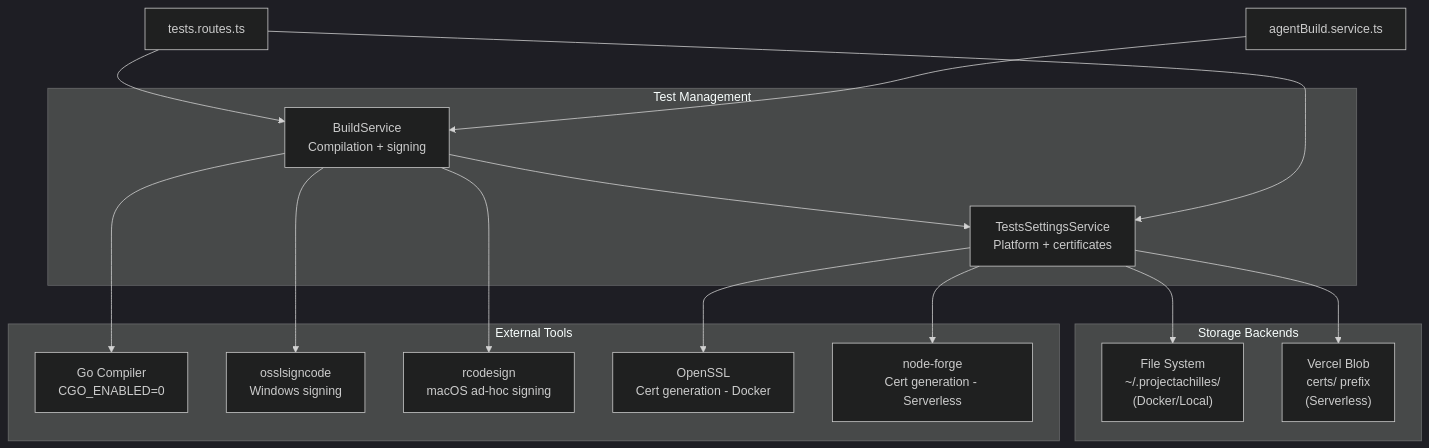
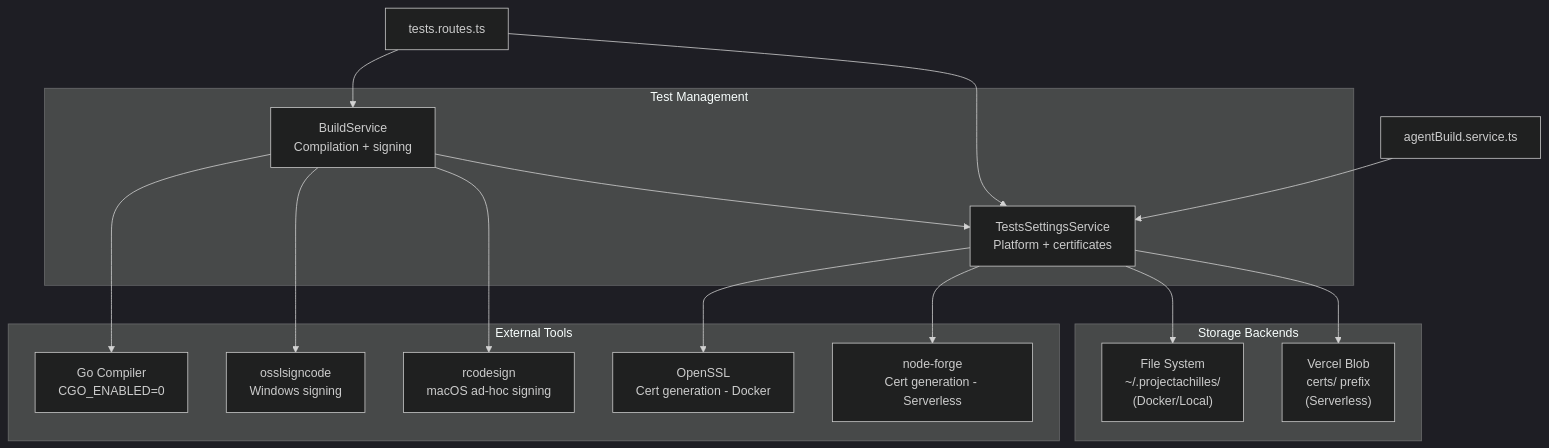
One commit to projectachilles/ProjectAchilles changed the first of 3 diagrams in wiki/docs/developer-guide/backend/test-management-service.md. Above: the diagram before and after it, drawn with Mermaid (dark theme). The commit also changed other lines of this file and 136 other files, not shown here.

````diff
--- a/wiki/docs/developer-guide/backend/test-management-service.md
+++ b/wiki/docs/developer-guide/backend/test-management-service.md
@@ -15,33 +15,33 @@
 ```mermaid
 graph TB
     subgraph "Test Management"
         BS[BuildService<br/>Compilation + signing]
         SS[TestsSettingsService<br/>Platform + certificates]
     end
 
     subgraph "Storage Backends"
         FS["File System<br/>~/.projectachilles/<br/>(Docker/Local)"]
         VB["Vercel Blob<br/>certs/ prefix<br/>(Serverless)"]
     end
 
     subgraph "External Tools"
         GO[Go Compiler<br/>CGO_ENABLED=0]
         OSS[osslsigncode<br/>Windows signing]
         RC[rcodesign<br/>macOS ad-hoc signing]
         OPL[OpenSSL<br/>Cert generation - Docker]
         NF[node-forge<br/>Cert generation - Serverless]
     end
 
     BS --> SS
     SS --> FS
     SS --> VB
     BS --> GO
     BS --> OSS
     BS --> RC
     SS --> OPL
     SS --> NF
 
     API[tests.routes.ts] --> BS
     API --> SS
-    AGENT[agentBuild.service.ts] --> BS
+    AGENT[agentBuild.service.ts] --> SS
 ```
````
